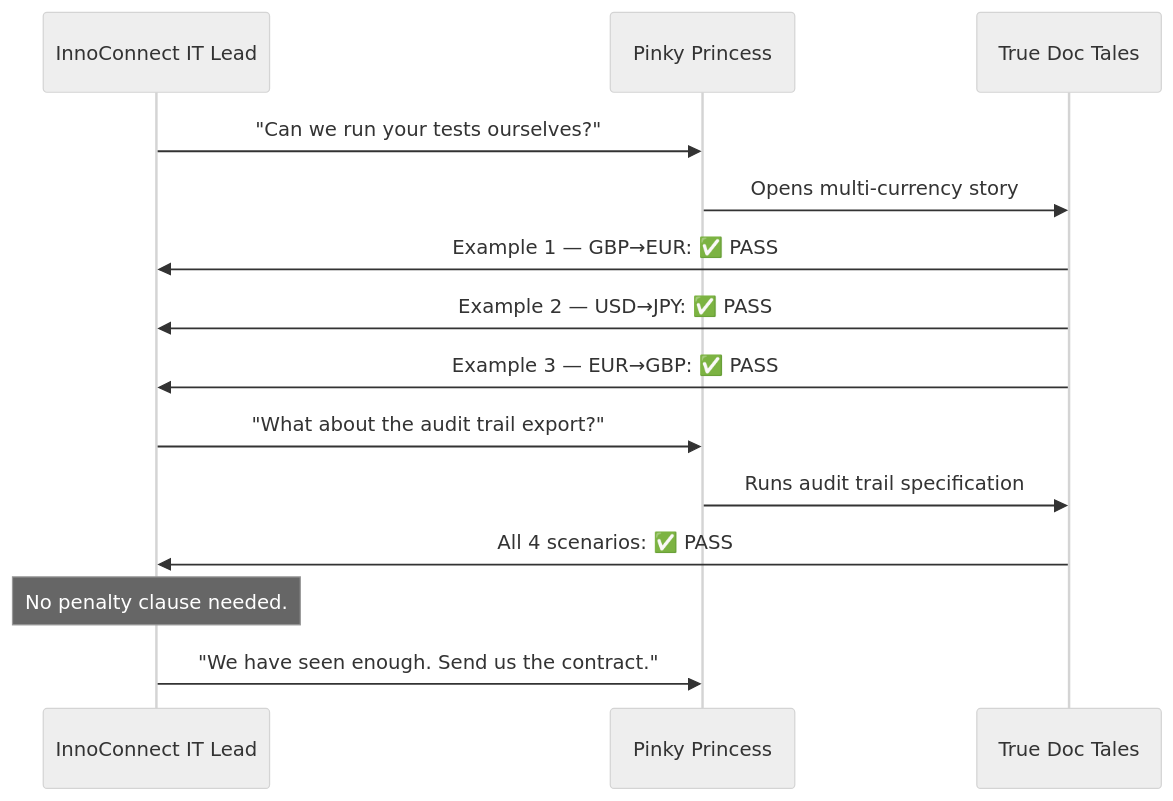
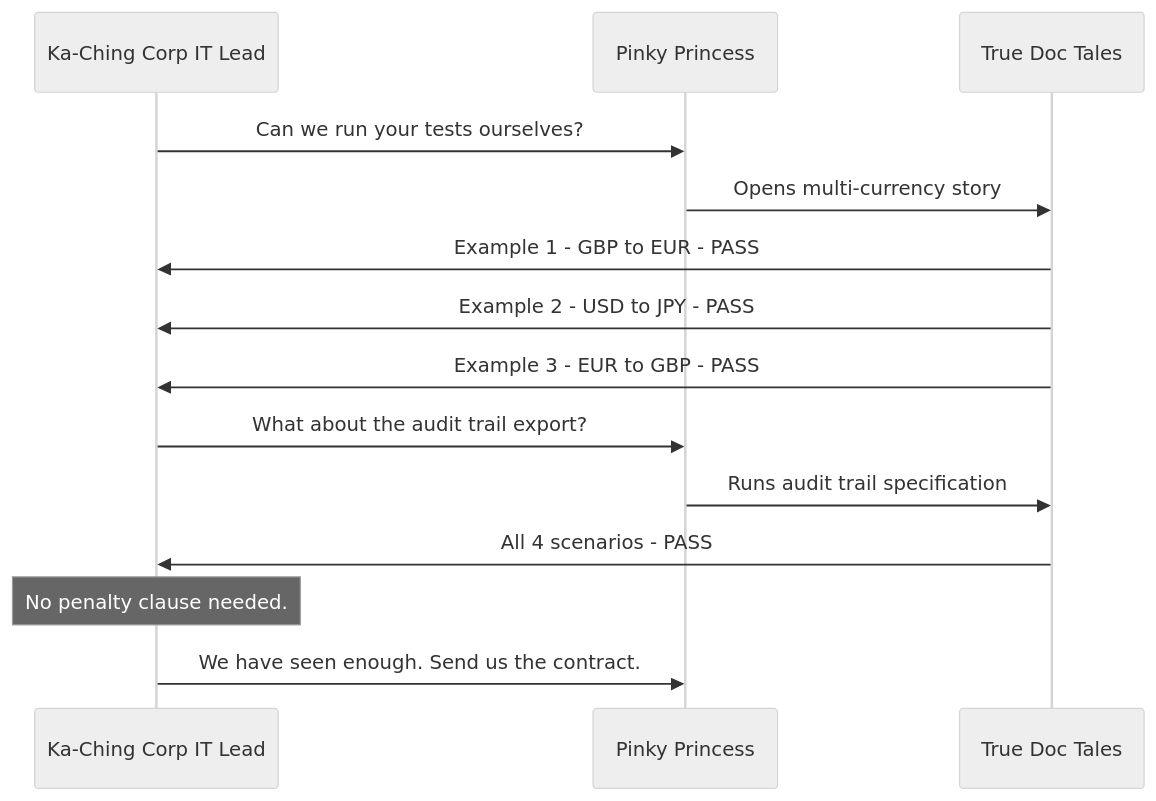
One commit to truedoctales/truedoctales-4j changed the diagram in fairy-doc-tales/05_true-doc-tales-success/01_true-doc-tales-success.md. Above: the diagram before and after it, drawn with Mermaid (neutral theme). The commit also changed other lines of this file and 6 other files, not shown here.

First line of the commit message:
feat: rename InnoConnect to Ka-Ching Corp and fix mermaid 11 syntax errors

````diff
--- a/fairy-doc-tales/05_true-doc-tales-success/01_true-doc-tales-success.md
+++ b/fairy-doc-tales/05_true-doc-tales-success/01_true-doc-tales-success.md
@@ -448,17 +448,17 @@
 ```mermaid
 sequenceDiagram
-    participant IC as InnoConnect IT Lead
+    participant IC as Ka-Ching Corp IT Lead
     participant PP as Pinky Princess
     participant TDT as True Doc Tales
 
-    IC->>PP: "Can we run your tests ourselves?"
+    IC->>PP: Can we run your tests ourselves?
     PP->>TDT: Opens multi-currency story
-    TDT->>IC: Example 1 — GBP→EUR: ✅ PASS
-    TDT->>IC: Example 2 — USD→JPY: ✅ PASS
-    TDT->>IC: Example 3 — EUR→GBP: ✅ PASS
-    IC->>PP: "What about the audit trail export?"
+    TDT->>IC: Example 1 - GBP to EUR - PASS
+    TDT->>IC: Example 2 - USD to JPY - PASS
+    TDT->>IC: Example 3 - EUR to GBP - PASS
+    IC->>PP: What about the audit trail export?
     PP->>TDT: Runs audit trail specification
-    TDT->>IC: All 4 scenarios: ✅ PASS
+    TDT->>IC: All 4 scenarios - PASS
     Note over IC: No penalty clause needed.
-    IC->>PP: "We have seen enough. Send us the contract."
+    IC->>PP: We have seen enough. Send us the contract.
 ```
````
